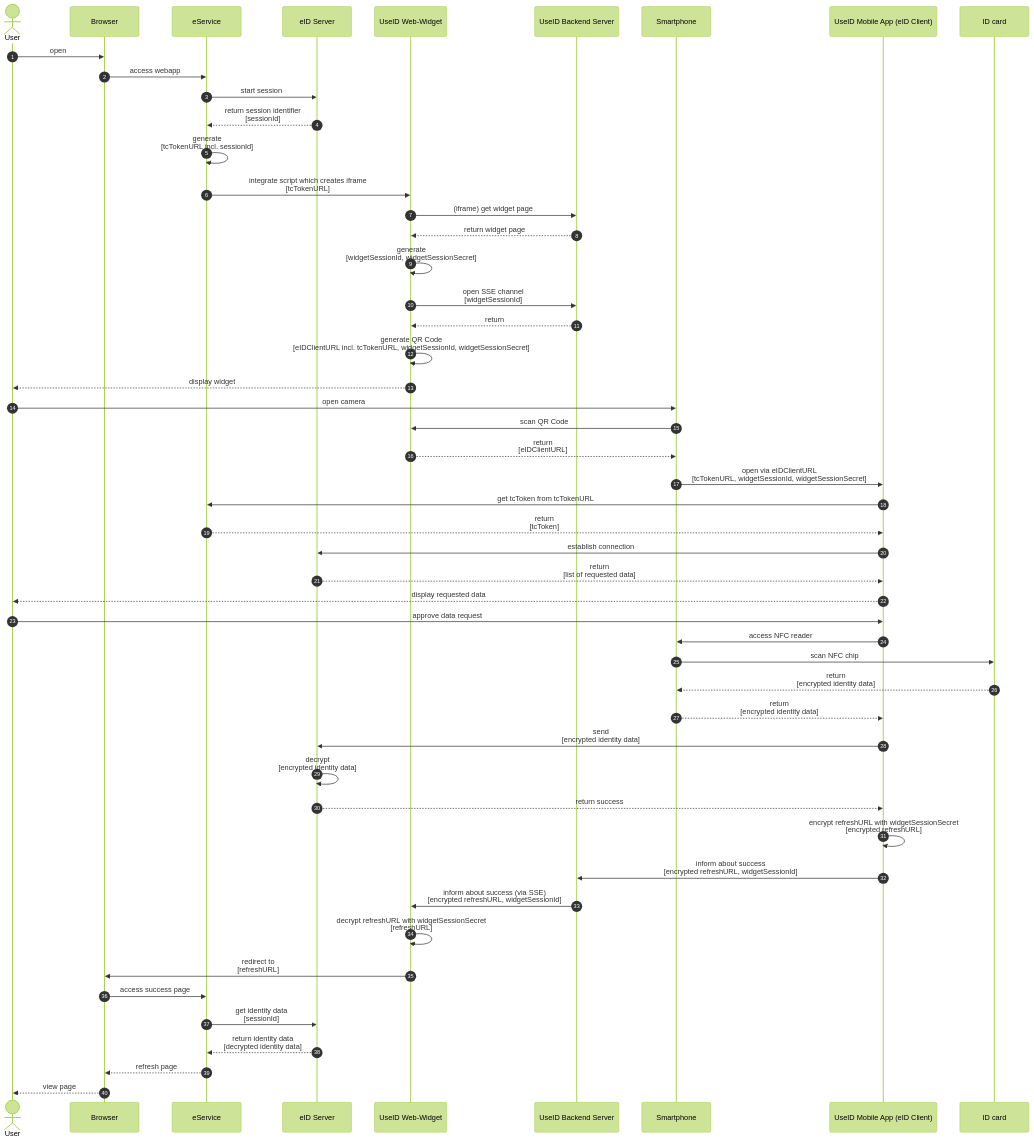
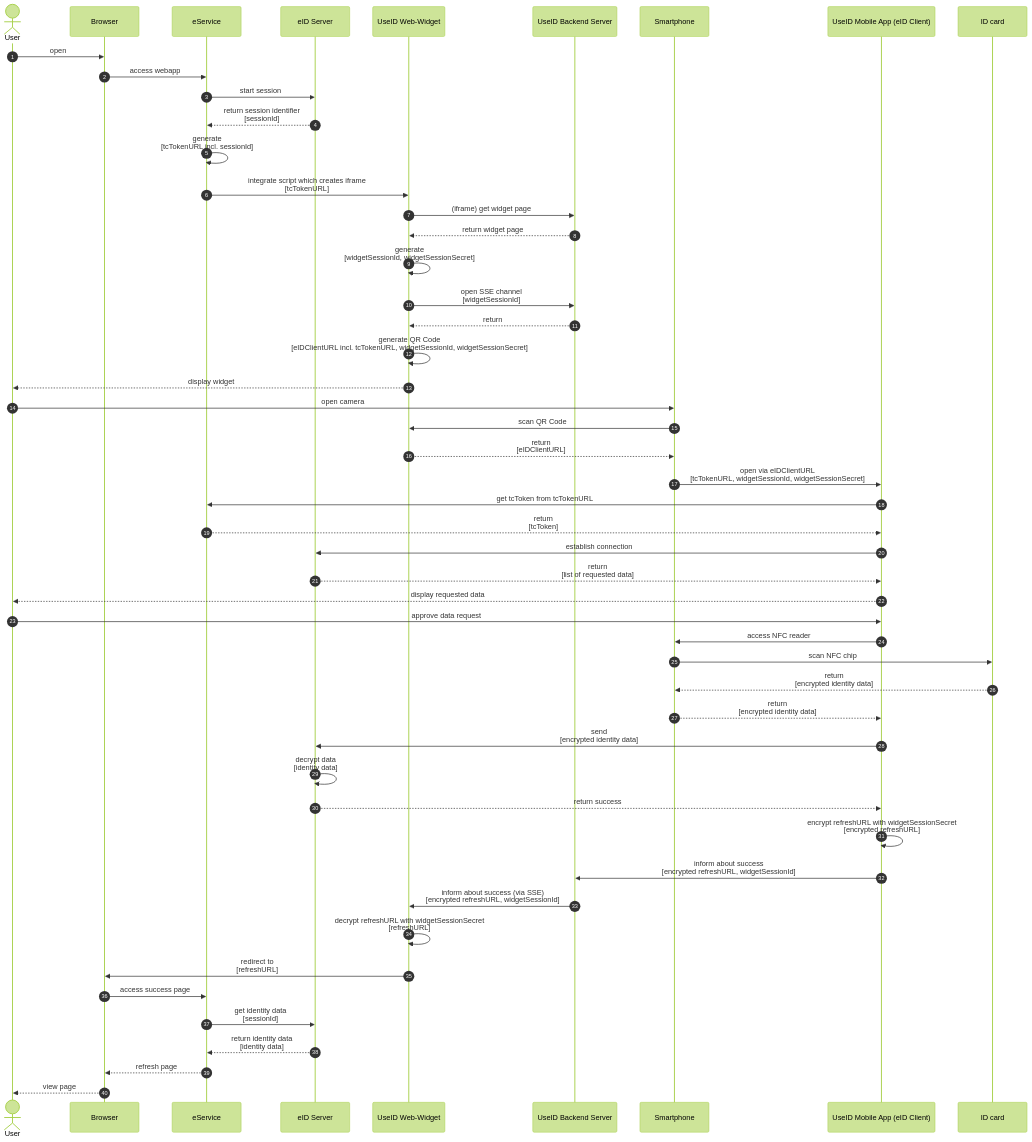
Before and after one commit to digitalservice4germany/useid-architecture: the diagram in doc/eID/eid-flow-magnus.md, drawn with Mermaid (forest theme). The commit also changed 1 other file, not shown here.

Commit message:
Update according to review comments.

````diff
--- a/doc/eID/eid-flow-magnus.md
+++ b/doc/eID/eid-flow-magnus.md
@@ -6,55 +6,55 @@
 ```mermaid
 sequenceDiagram
     autonumber
     
     actor user as User
     participant browser as Browser
     participant eService as eService
     participant server as eID Server
     participant widget as UseID Web-Widget
     participant backend as UseID Backend Server
     participant smartphone as Smartphone
     participant app as UseID Mobile App (eID Client)
     participant id as ID card
     
     user ->> browser: open
     browser ->> eService: access webapp
     eService ->> server: start session
     server -->> eService: return session identifier <br>[sessionId]
     eService ->> eService: generate <br>[tcTokenURL incl. sessionId]
     eService ->> widget: integrate script which creates iframe <br>[tcTokenURL]
     widget ->> backend: (iframe) get widget page
     backend -->> widget: return widget page
     widget ->> widget: generate <br>[widgetSessionId, widgetSessionSecret]
     widget ->> backend: open SSE channel <br>[widgetSessionId]
     backend -->> widget: return
     widget ->> widget: generate QR Code <br>[eIDClientURL incl. tcTokenURL, widgetSessionId, widgetSessionSecret]
     widget -->> user: display widget
     user ->> smartphone: open camera
     smartphone ->> widget: scan QR Code
     widget -->> smartphone: return <br>[eIDClientURL]
     smartphone ->> app: open via eIDClientURL <br>[tcTokenURL, widgetSessionId, widgetSessionSecret]
     app ->> eService: get tcToken from tcTokenURL
     eService -->> app: return <br>[tcToken]
     app ->> server: establish connection
     server -->> app: return <br>[list of requested data]
     app -->> user: display requested data
     user ->> app: approve data request
     app ->> smartphone: access NFC reader
     smartphone ->> id: scan NFC chip
     id -->> smartphone: return <br>[encrypted identity data]
     smartphone -->> app: return <br>[encrypted identity data]
     app ->> server: send <br>[encrypted identity data]
-    server ->> server: decrypt <br>[encrypted identity data]
+    server ->> server: decrypt data <br>[identity data] 
     server -->> app: return success
     app ->> app: encrypt refreshURL with widgetSessionSecret <br>[encrypted refreshURL]
     app ->> backend: inform about success <br>[encrypted refreshURL, widgetSessionId]
     backend ->> widget: inform about success (via SSE) <br>[encrypted refreshURL, widgetSessionId]
     widget ->> widget: decrypt refreshURL with widgetSessionSecret <br>[refreshURL]
     widget ->> browser: redirect to <br>[refreshURL]
     browser ->> eService: access success page
     eService ->> server: get identity data <br>[sessionId]
-    server -->> eService: return identity data <br>[decrypted identity data]
+    server -->> eService: return identity data <br>[identity data]
     eService -->> browser: refresh page
     browser -->> user: view page
 ```
````
